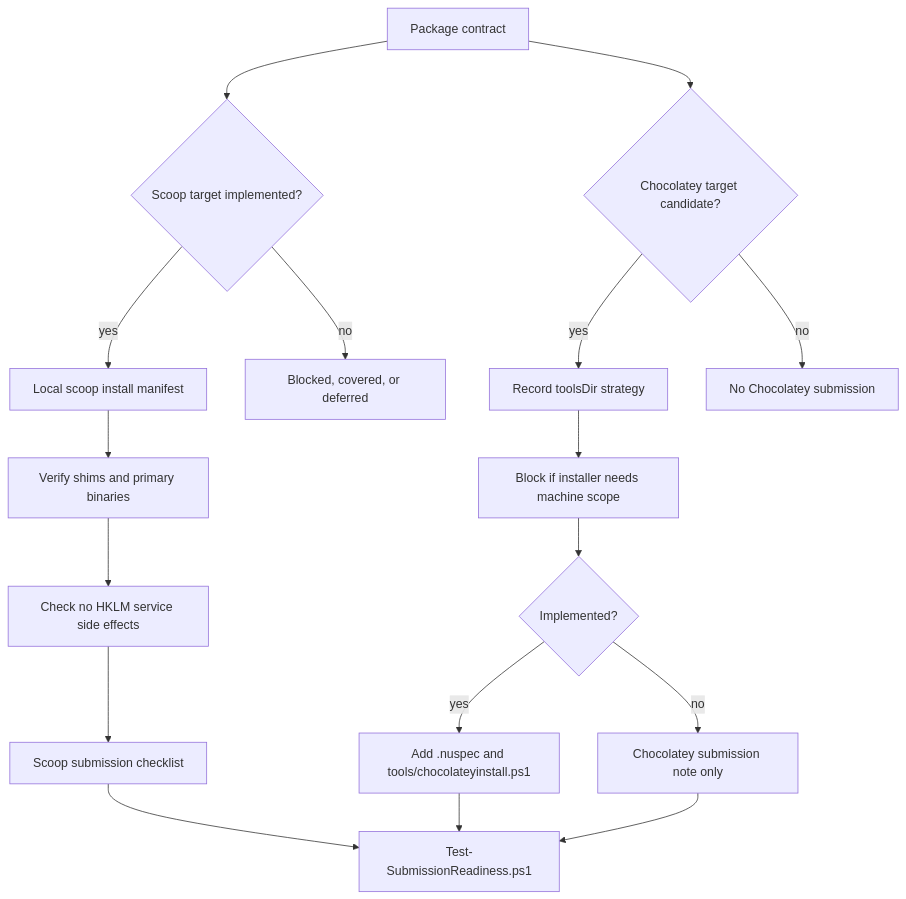
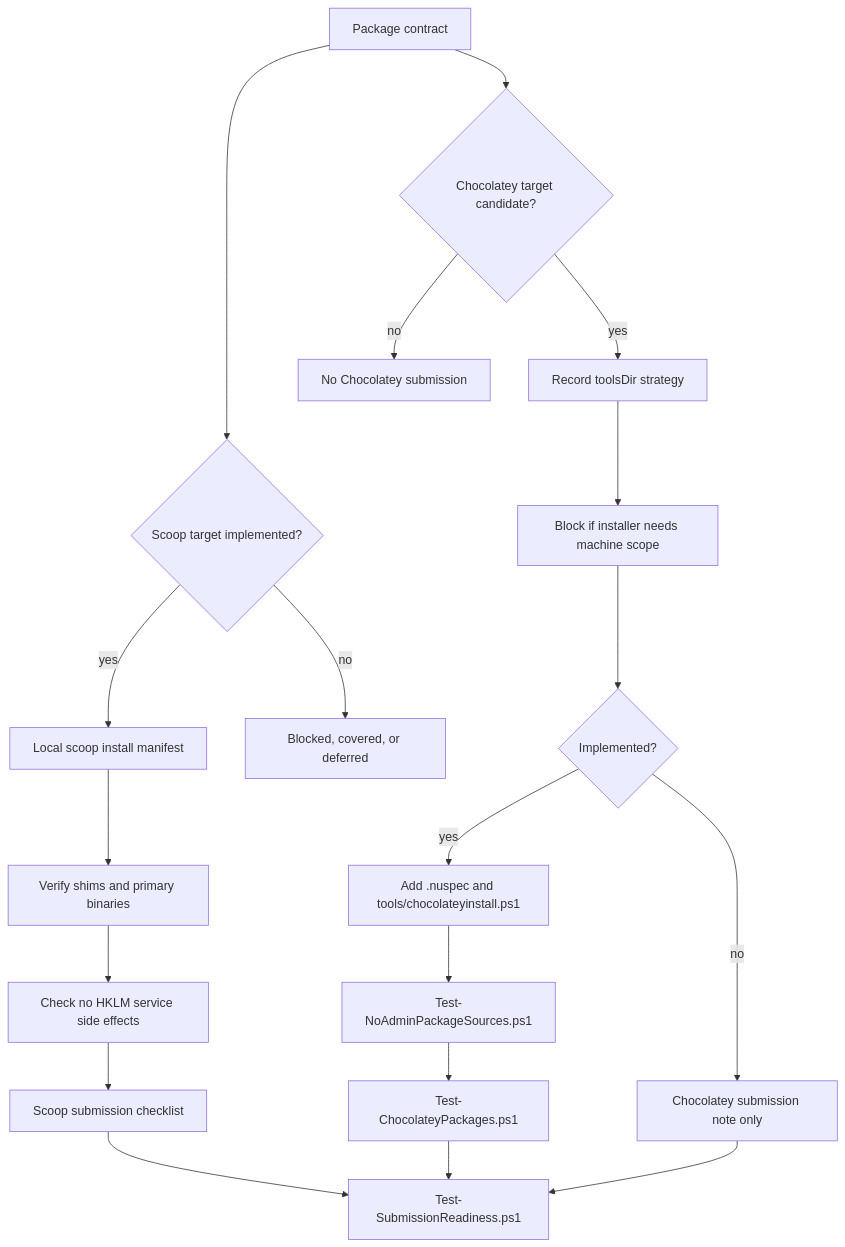
The diagram in packaging/workflows/no-admin-submission.md (edithatogo/Extras), drawn with Mermaid before and after one commit. The commit also changed other lines of this file and 49 other files, not shown here.

Commit message:
Automate no-admin Chocolatey package gates

````diff
--- a/packaging/workflows/no-admin-submission.md
+++ b/packaging/workflows/no-admin-submission.md
@@ -3,19 +3,21 @@
 ```mermaid
 flowchart TD
     A[Package contract] --> B{Scoop target implemented?}
     B -- yes --> C[Local scoop install manifest]
     C --> D[Verify shims and primary binaries]
     D --> E[Check no HKLM service side effects]
     E --> F[Scoop submission checklist]
     B -- no --> G[Blocked, covered, or deferred]
     A --> H{Chocolatey target candidate?}
     H -- yes --> I[Record toolsDir strategy]
     I --> J[Block if installer needs machine scope]
     J --> K{Implemented?}
     K -- yes --> N[Add .nuspec and tools/chocolateyinstall.ps1]
+    N --> P[Test-NoAdminPackageSources.ps1]
+    P --> Q[Test-ChocolateyPackages.ps1]
     K -- no --> O[Chocolatey submission note only]
     H -- no --> L[No Chocolatey submission]
     F --> M[Test-SubmissionReadiness.ps1]
-    N --> M
+    Q --> M
     O --> M
 ```
````
